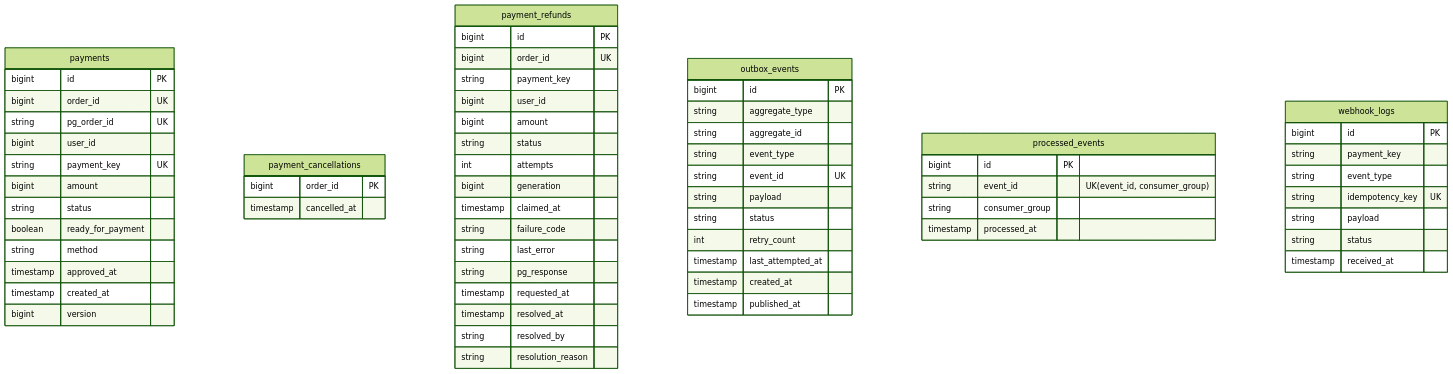
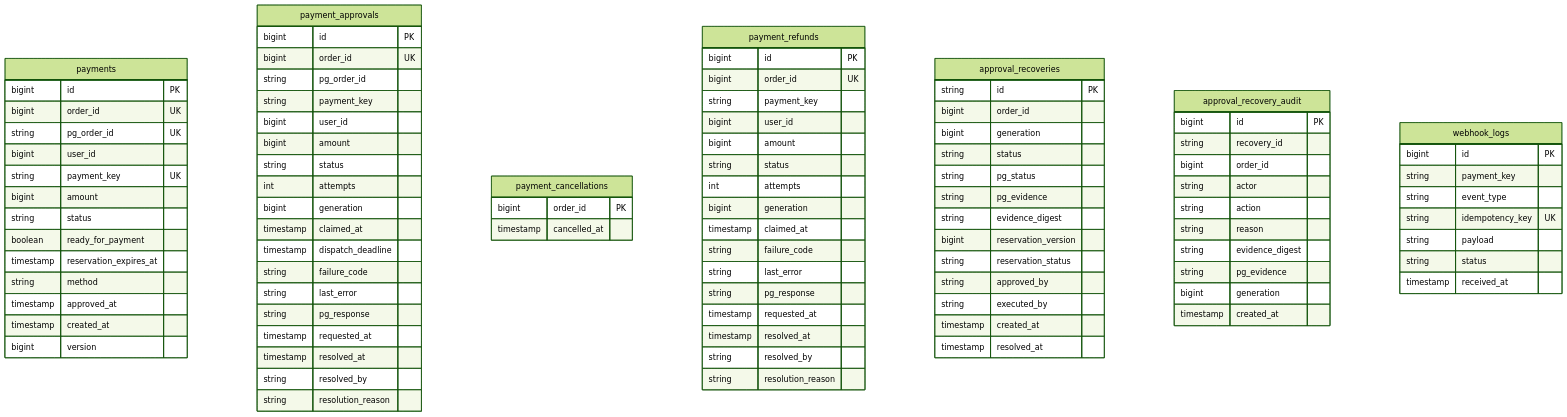
The fourth of 5 diagrams in docs/05-data-design.md (Kimgyuilli/PeekCart), drawn with Mermaid (forest theme) before and after one commit. The commit also changed other lines of this file, not shown here.

First line of the commit message:
docs(data): ERD 를 마이그레이션 최종 스키마로 맞추고 공통 메시징 테이블 정리

```diff
--- a/docs/05-data-design.md
+++ b/docs/05-data-design.md
@@ -226,10 +210,31 @@
     bigint amount
     string status
     boolean ready_for_payment
+    timestamp reservation_expires_at
     string method
     timestamp approved_at
     timestamp created_at
     bigint version
+  }
+  payment_approvals {
+    bigint id PK
+    bigint order_id UK
+    string pg_order_id
+    string payment_key
+    bigint user_id
+    bigint amount
+    string status
+    int attempts
+    bigint generation
+    timestamp claimed_at
+    timestamp dispatch_deadline
+    string failure_code
+    string last_error
+    string pg_response
+    timestamp requested_at
+    timestamp resolved_at
+    string resolved_by
+    string resolution_reason
   }
   payment_cancellations {
     bigint order_id PK
@@ -253,24 +258,32 @@
     string resolved_by
     string resolution_reason
   }
-  outbox_events {
+  approval_recoveries {
+    string id PK
+    bigint order_id
+    bigint generation
+    string status
+    string pg_status
+    string pg_evidence
+    string evidence_digest
+    bigint reservation_version
+    string reservation_status
+    string approved_by
+    string executed_by
+    timestamp created_at
+    timestamp resolved_at
+  }
+  approval_recovery_audit {
     bigint id PK
-    string aggregate_type
-    string aggregate_id
-    string event_type
-    string event_id UK
-    string payload
-    string status
-    int retry_count
-    timestamp last_attempted_at
+    string recovery_id
+    bigint order_id
+    string actor
+    string action
+    string reason
+    string evidence_digest
+    string pg_evidence
+    bigint generation
     timestamp created_at
-    timestamp published_at
-  }
-  processed_events {
-    bigint id PK
-    string event_id "UK(event_id, consumer_group)"
-    string consumer_group
-    timestamp processed_at
   }
   webhook_logs {
     bigint id PK
```
